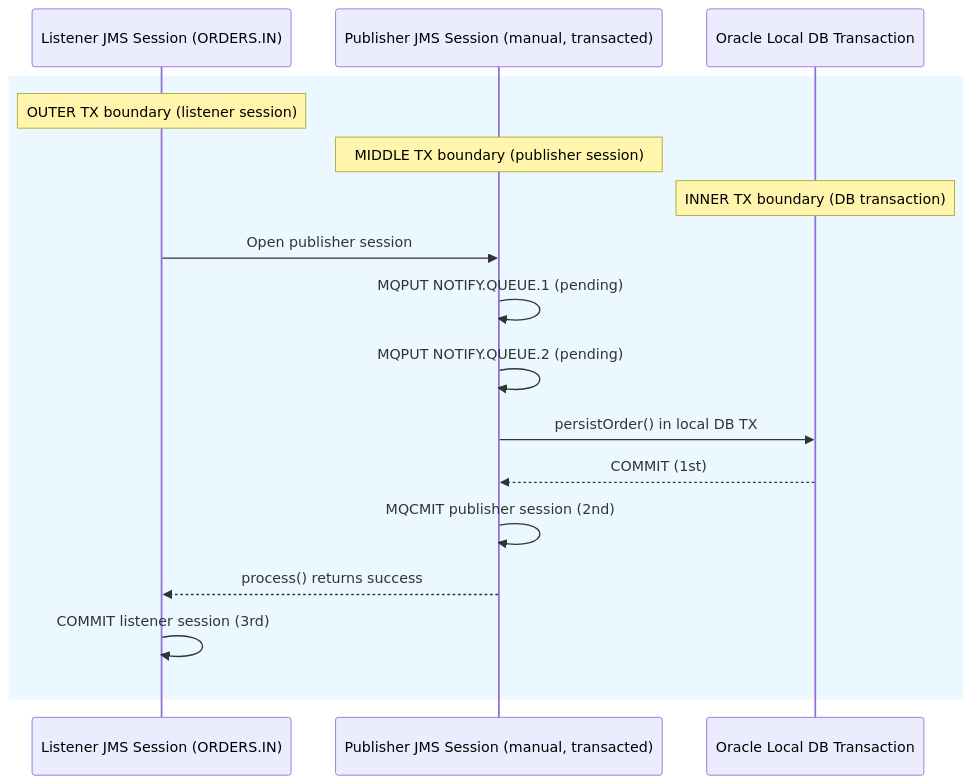
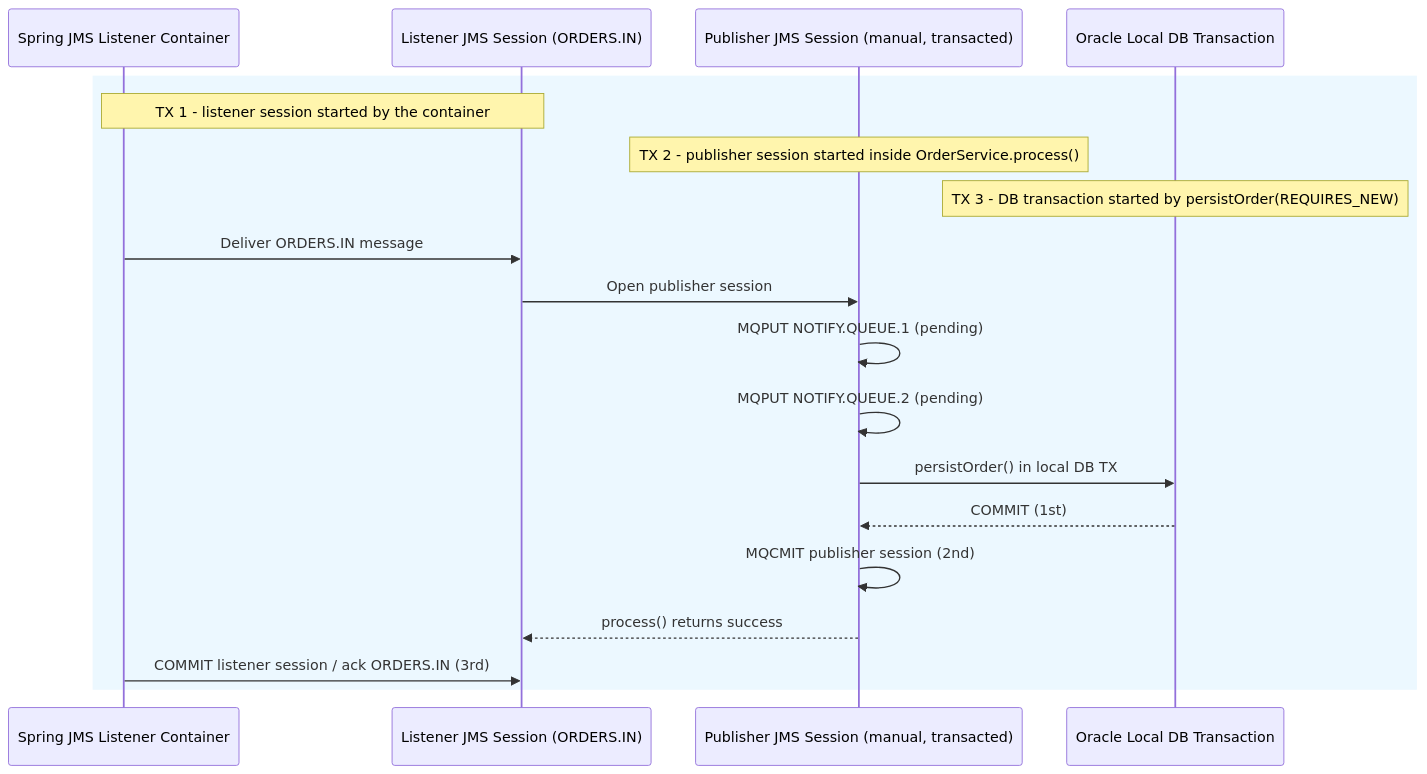
The diagram in README.md (rrobetti/spring-boot-oracle-db-ibm-mq-try-confirm-cancel), drawn with Mermaid before and after one commit. The commit also changed other lines of this file and 1 other file, not shown here.

Commit message:
Clarify three local transactions in docs

````diff
--- a/README.md
+++ b/README.md
@@ -9,20 +9,22 @@
 ```mermaid
 sequenceDiagram
+    participant C as Spring JMS Listener Container
     participant L as Listener JMS Session (ORDERS.IN)
     participant P as Publisher JMS Session (manual, transacted)
     participant DB as Oracle Local DB Transaction
 
     rect rgb(236, 248, 255)
-        Note over L: OUTER TX boundary (listener session)
-        Note over P: MIDDLE TX boundary (publisher session)
-        Note over DB: INNER TX boundary (DB transaction)
+        Note over C,L: TX 1 - listener session started by the container
+        Note over P: TX 2 - publisher session started inside OrderService.process()
+        Note over DB: TX 3 - DB transaction started by persistOrder(REQUIRES_NEW)
+        C->>L: Deliver ORDERS.IN message
         L->>P: Open publisher session
         P->>P: MQPUT NOTIFY.QUEUE.1 (pending)
         P->>P: MQPUT NOTIFY.QUEUE.2 (pending)
         P->>DB: persistOrder() in local DB TX
         DB-->>P: COMMIT (1st)
         P->>P: MQCMIT publisher session (2nd)
         P-->>L: process() returns success
-        L->>L: COMMIT listener session (3rd)
+        C->>L: COMMIT listener session / ack ORDERS.IN (3rd)
     end
 ```
````
